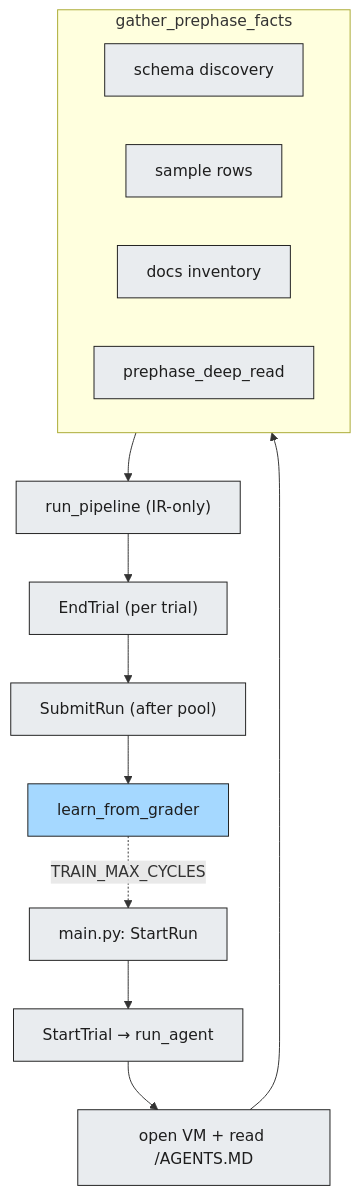
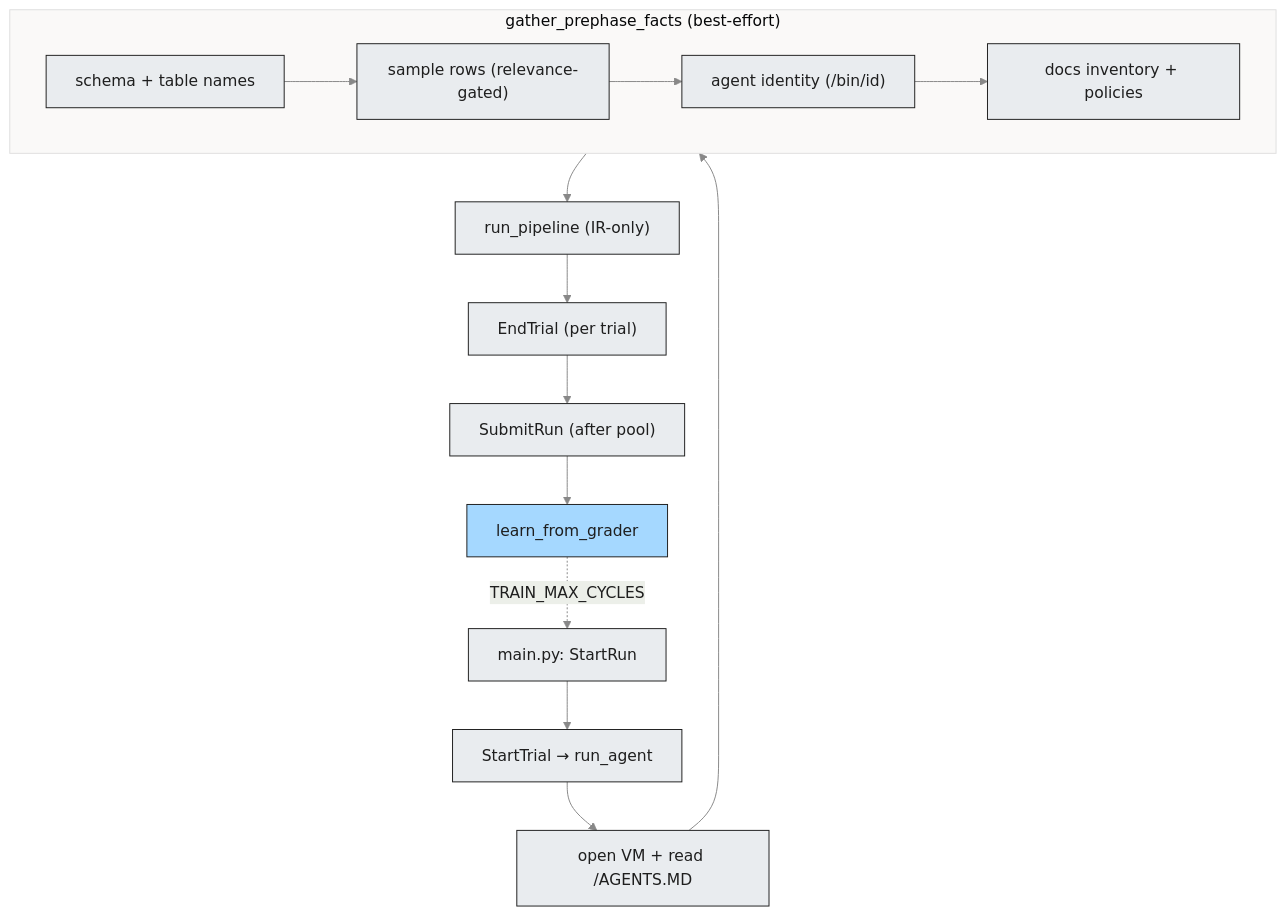
One commit to ikeniborn/ecom1-agent changed the first of 5 diagrams in docs/architecture/agent-architecture-mermaid.md. Above: the diagram before and after it, drawn with Mermaid. The commit also changed other lines of this file and 13 other files, not shown here.

First line of the commit message:
docs(architecture): sync lat.md + mermaid to IR-only pipeline; drop dead SQL gate

````diff
--- a/docs/architecture/agent-architecture-mermaid.md
+++ b/docs/architecture/agent-architecture-mermaid.md
@@ -25,24 +25,24 @@
 ```mermaid
+%%{init: {'theme':'base','themeVariables':{'background':'transparent','lineColor':'#888888','primaryColor':'#e9ecef','primaryTextColor':'#1e1e1e','primaryBorderColor':'#1e1e1e'}}}%%
 flowchart TD
   classDef llm fill:#a5d8ff,stroke:#1e1e1e,color:#1e1e1e
   classDef gate fill:#e9ecef,stroke:#1e1e1e,color:#1e1e1e
 
   start["main.py: StartRun"]:::gate
   trial["StartTrial → run_agent"]:::gate
   open["open VM + read /AGENTS.MD"]:::gate
-  subgraph prephase["gather_prephase_facts"]
+  subgraph prephase["gather_prephase_facts (best-effort)"]
     direction LR
-    schema["schema discovery"]:::gate
-    samples["sample rows"]:::gate
-    docs["docs inventory"]:::gate
-    deepread["prephase_deep_read"]:::gate
+    schema["schema + table names"]:::gate --> samples["sample rows (relevance-gated)"]:::gate
+    samples --> identity["agent identity (/bin/id)"]:::gate
+    identity --> docs["docs inventory + policies"]:::gate
   end
   pipeline["run_pipeline (IR-only)"]:::gate
   endtrial["EndTrial (per trial)"]:::gate
   submit["SubmitRun (after pool)"]:::gate
   learn["learn_from_grader"]:::llm
 
   start --> trial --> open --> prephase --> pipeline
   pipeline --> endtrial --> submit --> learn
   learn -. "TRAIN_MAX_CYCLES" .-> start
 ```
````
